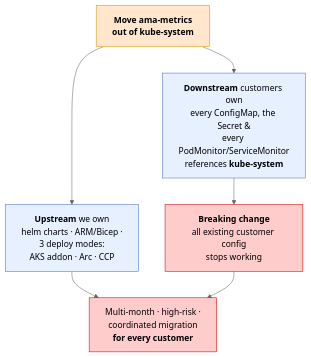
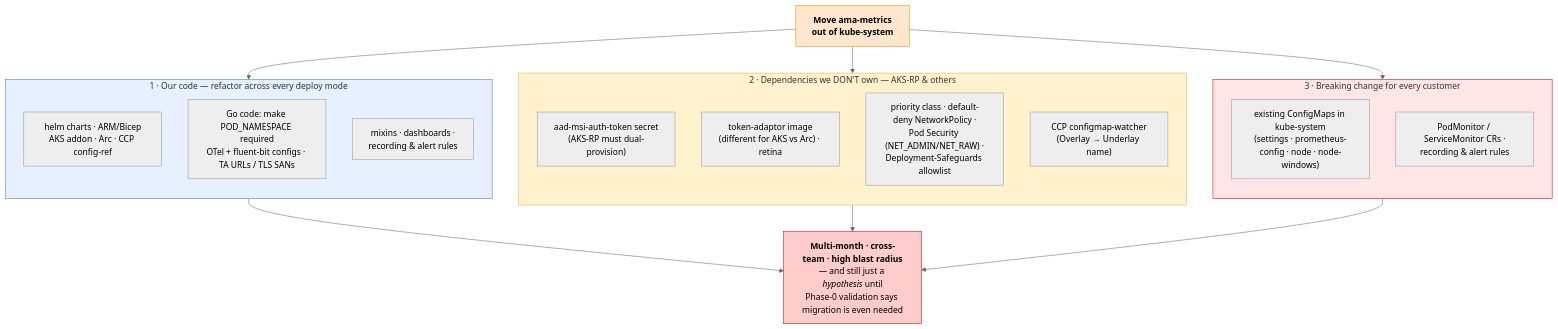
Before and after one commit to Azure/prometheus-collector: the third of 11 diagrams in custom-ns/doc/automatic-investigation/aks-vap-demo-diagrams.md, drawn with Mermaid (neutral theme). The commit also changed other lines of this file, not shown here.

First line of the commit message:
docs(custom-ns): restructure VAP demo diagrams for a cold audience

````diff
--- a/custom-ns/doc/automatic-investigation/aks-vap-demo-diagrams.md
+++ b/custom-ns/doc/automatic-investigation/aks-vap-demo-diagrams.md
@@ -59,18 +59,39 @@
 ```mermaid
 flowchart TB
     ASK["<b>Move ama-metrics<br/>out of kube-system</b>"]
 
-    ASK --> UP["<b>Upstream</b> we own<br/>helm charts · ARM/Bicep ·<br/>3 deploy modes:<br/>AKS addon · Arc · CCP"]
-    ASK --> DOWN["<b>Downstream</b> customers own<br/>every ConfigMap, the Secret &<br/>every PodMonitor/ServiceMonitor<br/>references <b>kube-system</b>"]
+    subgraph OURS["1 · Our code — refactor across every deploy mode"]
+        direction TB
+        O1["helm charts · ARM/Bicep<br/>AKS addon · Arc · CCP config-ref"]
+        O2["Go code: make POD_NAMESPACE required<br/>OTel + fluent-bit configs · TA URLs / TLS SANs"]
+        O3["mixins · dashboards ·<br/>recording &amp; alert rules"]
+    end
 
-    DOWN --> BREAK["<b>Breaking change</b><br/>all existing customer config<br/>stops working"]
+    subgraph EXT["2 · Dependencies we DON'T own — AKS-RP &amp; others"]
+        direction TB
+        E1["aad-msi-auth-token secret<br/>(AKS-RP must dual-provision)"]
+        E2["token-adaptor image<br/>(different for AKS vs Arc) · retina"]
+        E3["priority class · default-deny NetworkPolicy ·<br/>Pod Security (NET_ADMIN/NET_RAW) ·<br/>Deployment-Safeguards allowlist"]
+        E4["CCP configmap-watcher<br/>(Overlay → Underlay name)"]
+    end
 
-    UP --> COST["Multi-month · high-risk ·<br/>coordinated migration<br/><b>for every customer</b>"]
-    BREAK --> COST
+    subgraph CX["3 · Breaking change for every customer"]
+        direction TB
+        C1["existing ConfigMaps in kube-system<br/>(settings · prometheus-config · node · node-windows)"]
+        C2["PodMonitor / ServiceMonitor CRs ·<br/>recording &amp; alert rules"]
+    end
+
+    ASK --> OURS
+    ASK --> EXT
+    ASK --> CX
+
+    OURS --> COST["<b>Multi-month · cross-team · high blast radius</b><br/>— and still just a <i>hypothesis</i> until<br/>Phase-0 validation says migration is even needed"]
+    EXT --> COST
+    CX --> COST
 
     style ASK fill:#ffe6cc,stroke:#d79b00
-    style UP fill:#e6f0ff,stroke:#4472c4
-    style DOWN fill:#e6f0ff,stroke:#4472c4
-    style BREAK fill:#ffcccc,stroke:#c00
+    style OURS fill:#e6f0ff,stroke:#4472c4
+    style EXT fill:#fff2cc,stroke:#d6b656
+    style CX fill:#ffe6e6,stroke:#c00
     style COST fill:#ffcccc,stroke:#c00
 ```
````
